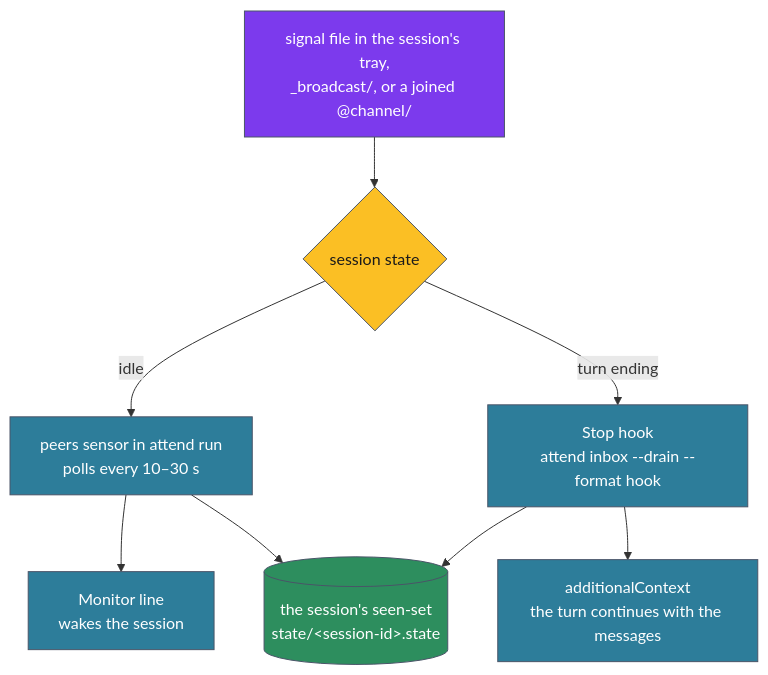
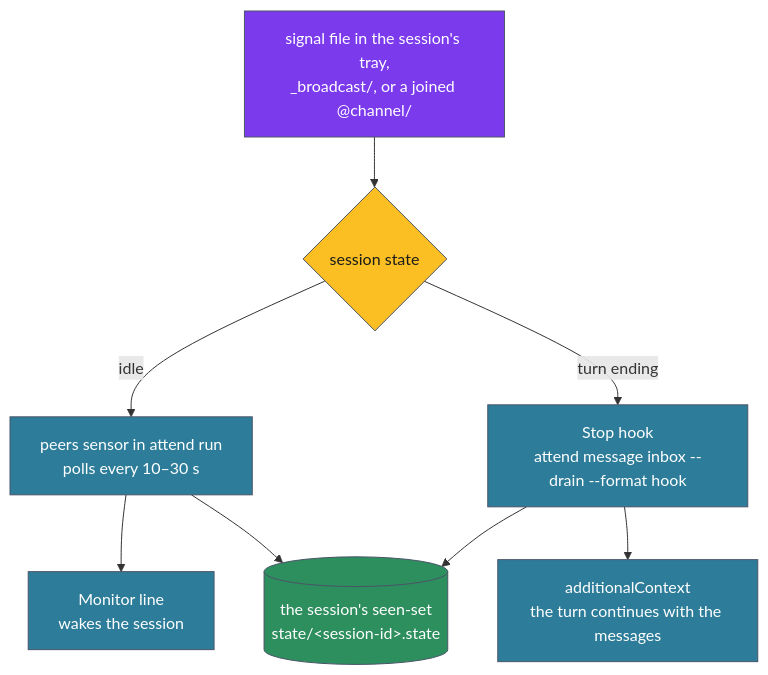
Before and after one commit to aaronsb/agent-ways: the diagram in docs/attend-and-monitor/delivery.md, drawn with Mermaid. The commit also changed other lines of this file and 111 other files, not shown here.

````diff
--- a/docs/attend-and-monitor/delivery.md
+++ b/docs/attend-and-monitor/delivery.md
@@ -5,20 +5,20 @@
 ```mermaid
 flowchart TD
     Msg[signal file in the session's tray,<br/>_broadcast/, or a joined @channel/]
     Msg --> State{session state}
     State -->|idle| Poll[peers sensor in attend run<br/>polls every 10–30 s]
-    State -->|turn ending| Hook[Stop hook<br/>attend inbox --drain --format hook]
+    State -->|turn ending| Hook[Stop hook<br/>attend message inbox --drain --format hook]
     Poll --> Line[Monitor line<br/>wakes the session]
     Hook --> Block[additionalContext<br/>the turn continues with the messages]
     Poll --> Seen[(the session's seen-set<br/>state/&lt;session-id&gt;.state)]
     Hook --> Seen
 
     classDef msg fill:#7c3aed,color:#fff,stroke:#4a5568
     classDef decision fill:#fbbf24,color:#1a1a1a,stroke:#4a5568
     classDef proc fill:#2d7d9a,color:#fff,stroke:#4a5568
     classDef store fill:#2d8e5e,color:#fff,stroke:#4a5568
     class Msg msg
     class State decision
     class Poll,Hook,Line,Block proc
     class Seen store
 ```
````
